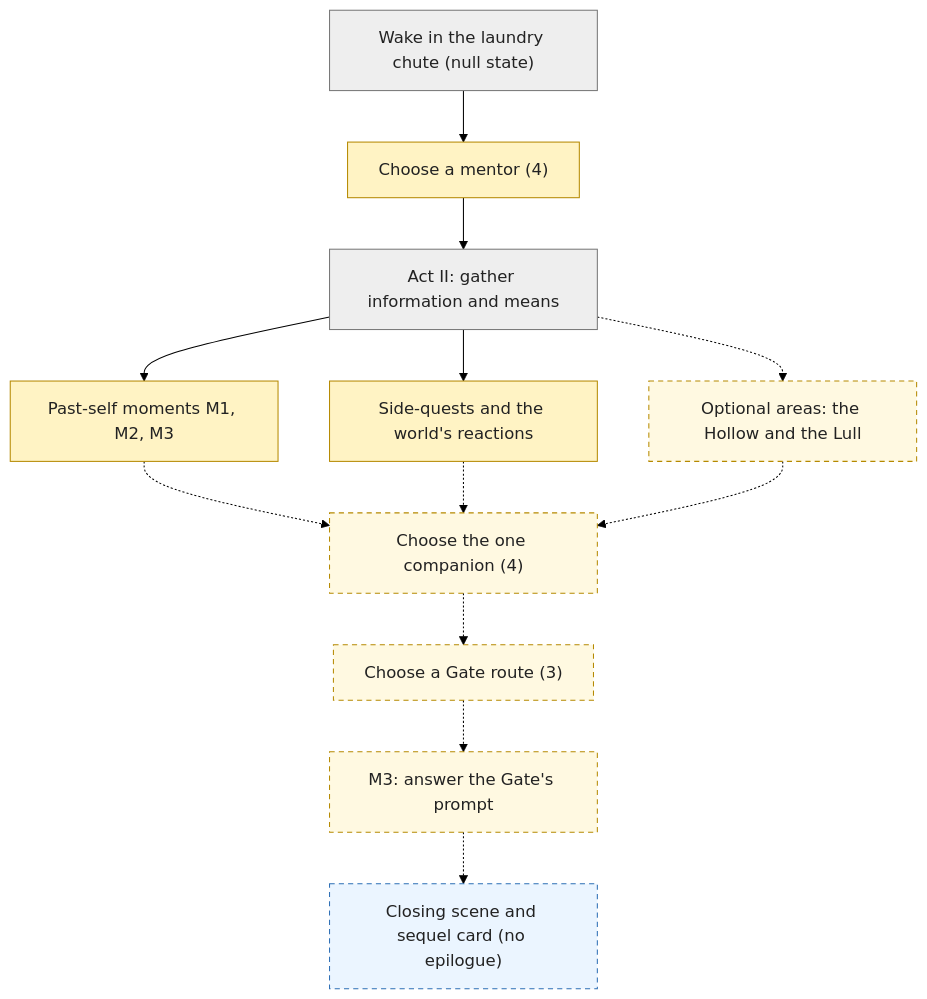
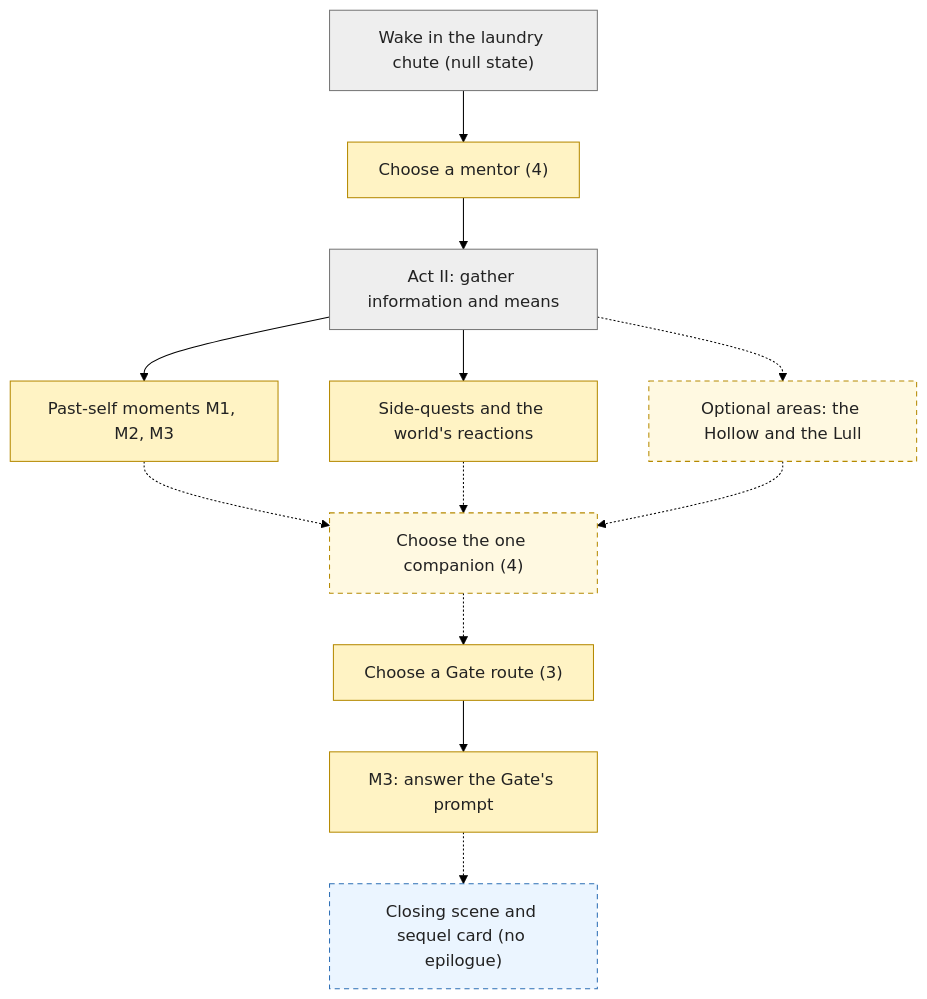
One commit to chrislee35/quiet-hours changed the first of 7 diagrams in docs/decision-tree.md. Above: the diagram before and after it, drawn with Mermaid (forest theme). The commit also changed other lines of this file and 21 other files, not shown here.

````diff
--- a/docs/decision-tree.md
+++ b/docs/decision-tree.md
@@ -13,33 +13,33 @@
 ```mermaid
 flowchart TD
   n_wake["Wake in the laundry chute (null state)"]
   n_mentor["Choose a mentor (4)"]
   n_past["Past-self moments M1, M2, M3"]
   n_side["Side-quests and the world's reactions"]
   n_pieces["Act II: gather information and means"]
   n_optional["Optional areas: the Hollow and the Lull"]
   n_companion["Choose the one companion (4)"]
   n_route["Choose a Gate route (3)"]
   n_m3["M3: answer the Gate's prompt"]
   n_closing["Closing scene and sequel card (no epilogue)"]
   n_wake --> n_mentor
   n_mentor --> n_pieces
   n_pieces --> n_past
   n_pieces --> n_side
   n_pieces -.-> n_optional
   n_past -.-> n_companion
   n_side -.-> n_companion
   n_optional -.-> n_companion
   n_companion -.-> n_route
-  n_route -.-> n_m3
+  n_route --> n_m3
   n_m3 -.-> n_closing
   class n_mentor,n_past,n_side,n_optional,n_companion,n_route,n_m3 decision
   class n_closing outcome
   class n_wake,n_pieces state
-  class n_optional,n_companion,n_route,n_m3,n_closing planned
+  class n_optional,n_companion,n_closing planned
   classDef decision fill:#fff3c4,stroke:#b58900,color:#222
   classDef outcome fill:#d8ecff,stroke:#2d6fb5,color:#222
   classDef achievement fill:#d9f2d9,stroke:#2e8b3d,color:#222
   classDef state fill:#eeeeee,stroke:#777,color:#222
   classDef planned stroke-dasharray:5 4,fill-opacity:0.5
 ```
````
